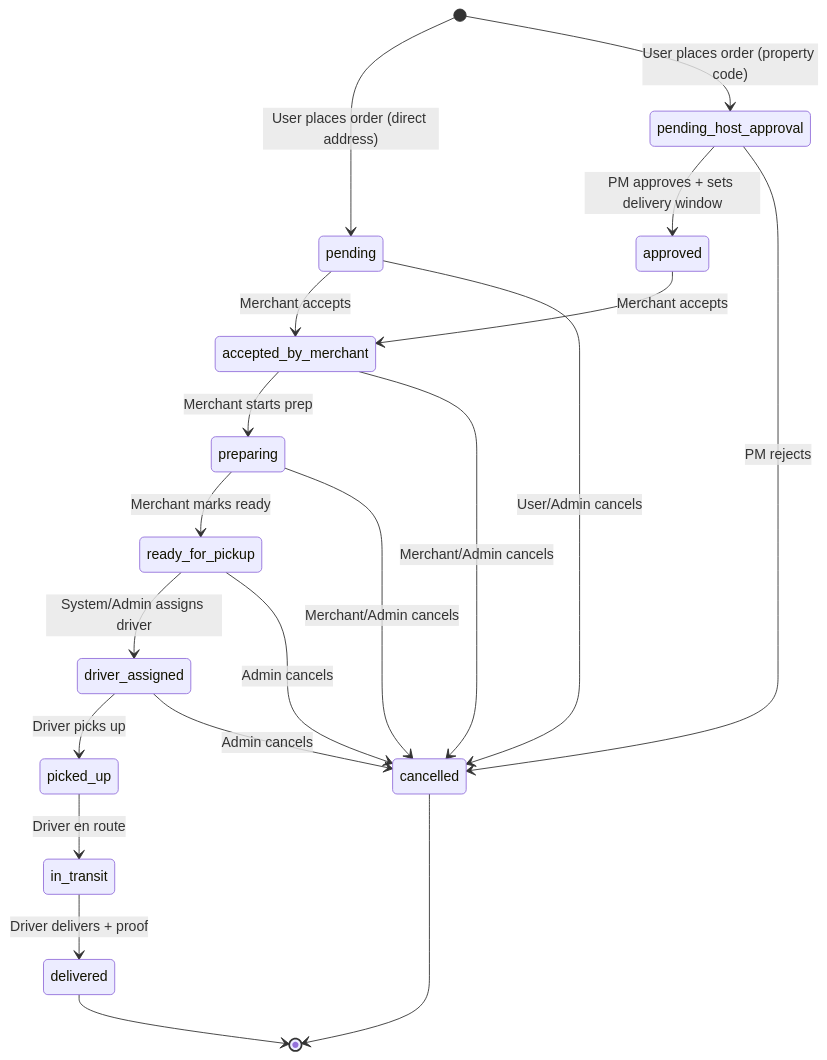
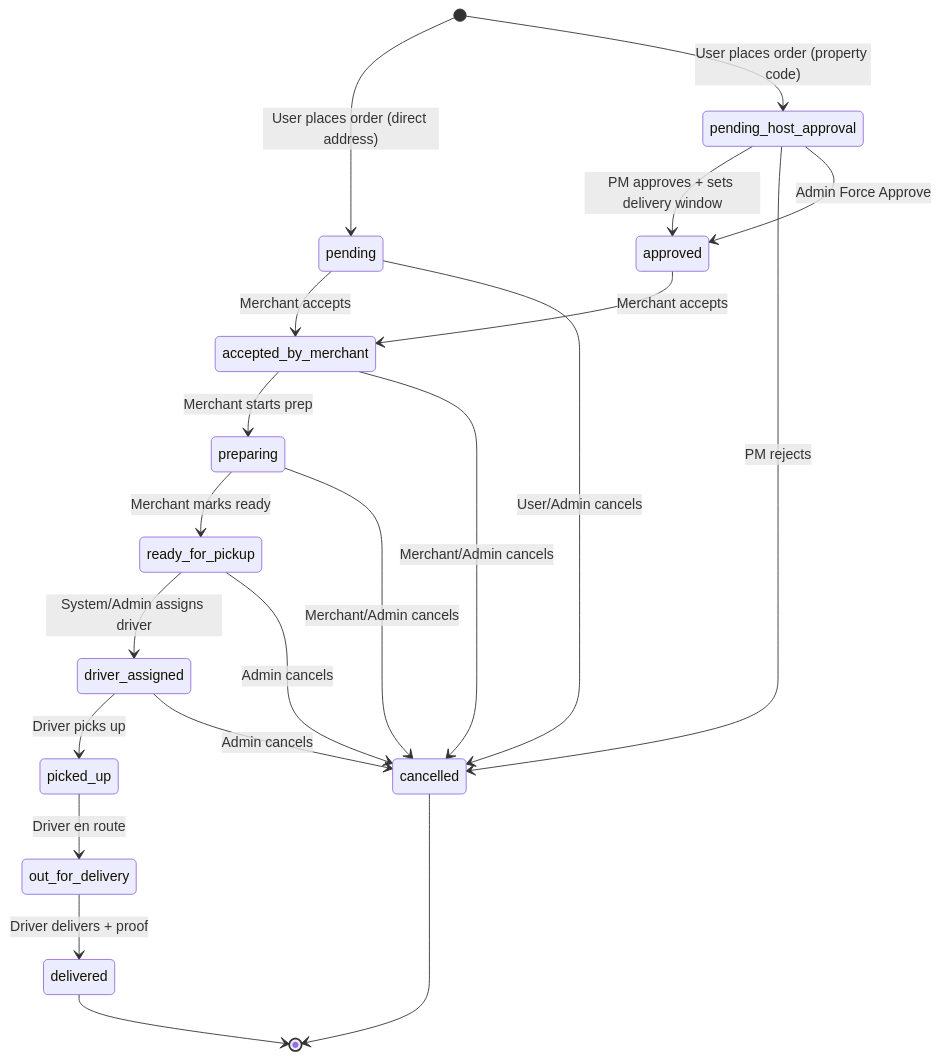
Before and after one commit to ThakurSaad/happypphoto_server: the diagram in docs/implementation_plan.md, drawn with Mermaid. The commit also changed other lines of this file, not shown here.

````diff
--- a/docs/implementation_plan.md
+++ b/docs/implementation_plan.md
@@ -766,28 +833,29 @@
 ```mermaid
 stateDiagram-v2
     [*] --> pending: User places order (direct address)
     [*] --> pending_host_approval: User places order (property code)
     
     pending_host_approval --> approved: PM approves + sets delivery window
     pending_host_approval --> cancelled: PM rejects
+    pending_host_approval --> approved: Admin Force Approve
     
     pending --> accepted_by_merchant: Merchant accepts
     approved --> accepted_by_merchant: Merchant accepts
     
     accepted_by_merchant --> preparing: Merchant starts prep
     preparing --> ready_for_pickup: Merchant marks ready
     
     ready_for_pickup --> driver_assigned: System/Admin assigns driver
     driver_assigned --> picked_up: Driver picks up
-    picked_up --> in_transit: Driver en route
-    in_transit --> delivered: Driver delivers + proof
+    picked_up --> out_for_delivery: Driver en route
+    out_for_delivery --> delivered: Driver delivers + proof
     
     pending --> cancelled: User/Admin cancels
     accepted_by_merchant --> cancelled: Merchant/Admin cancels
     preparing --> cancelled: Merchant/Admin cancels
     ready_for_pickup --> cancelled: Admin cancels
     driver_assigned --> cancelled: Admin cancels
     
     delivered --> [*]
     cancelled --> [*]
 ```
````
